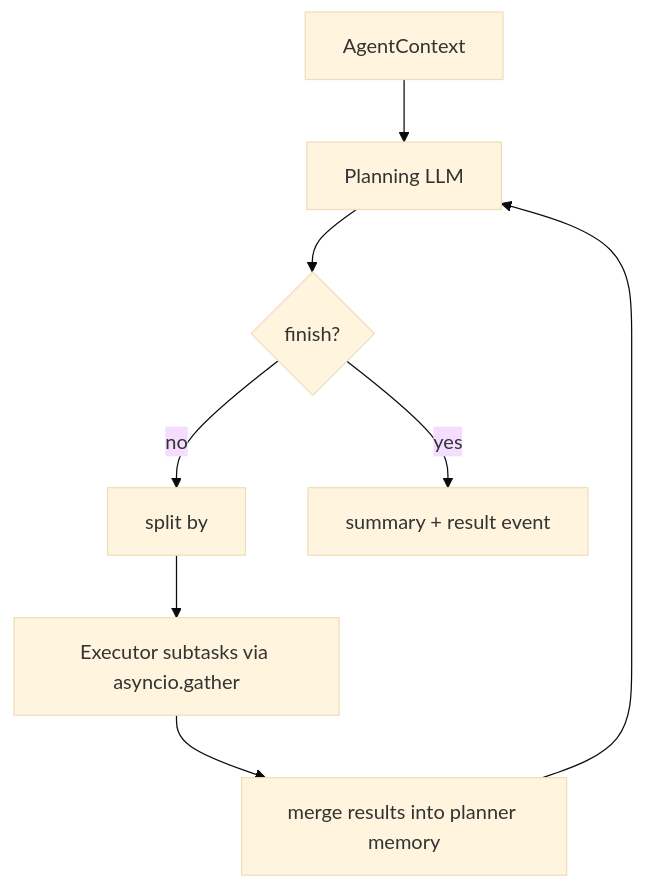
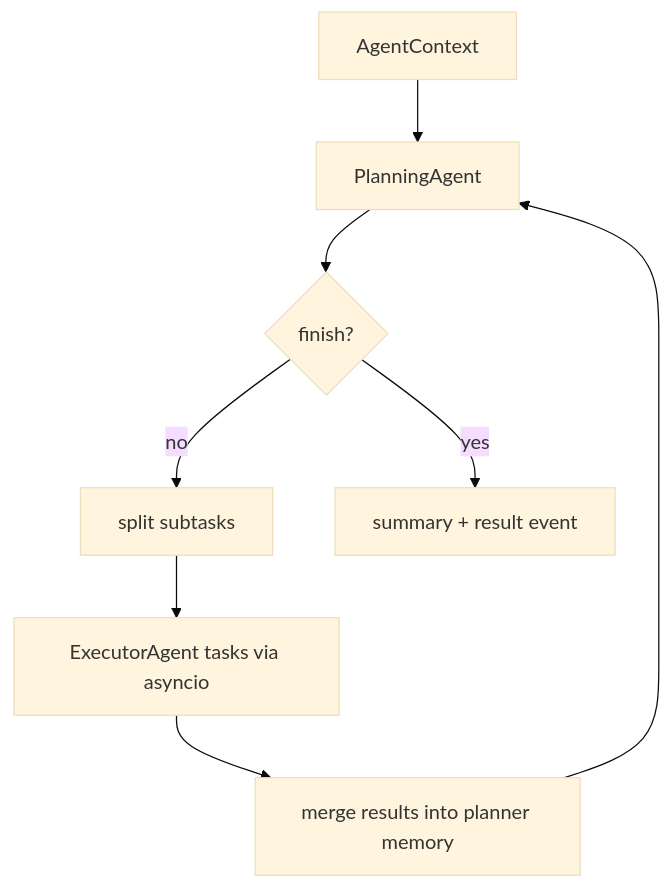
The third of 3 diagrams in architecture/python-cpp-rewrite.md (MiRuiZhi/MRZ-s-ai-agent), drawn with Mermaid (base theme) before and after one commit. The commit also changed other lines of this file and 8 other files, not shown here.

````diff
--- a/architecture/python-cpp-rewrite.md
+++ b/architecture/python-cpp-rewrite.md
@@ -44,10 +55,10 @@
 ```mermaid
 flowchart TD
-    A["AgentContext"] --> B["Planning LLM"]
+    A["AgentContext"] --> B["PlanningAgent"]
     B --> C{"finish?"}
-    C -->|no| D["split by <sep>"]
-    D --> E["Executor subtasks via asyncio.gather"]
+    C -->|no| D["split subtasks"]
+    D --> E["ExecutorAgent tasks via asyncio"]
     E --> F["merge results into planner memory"]
     F --> B
     C -->|yes| G["summary + result event"]
 ```
````
